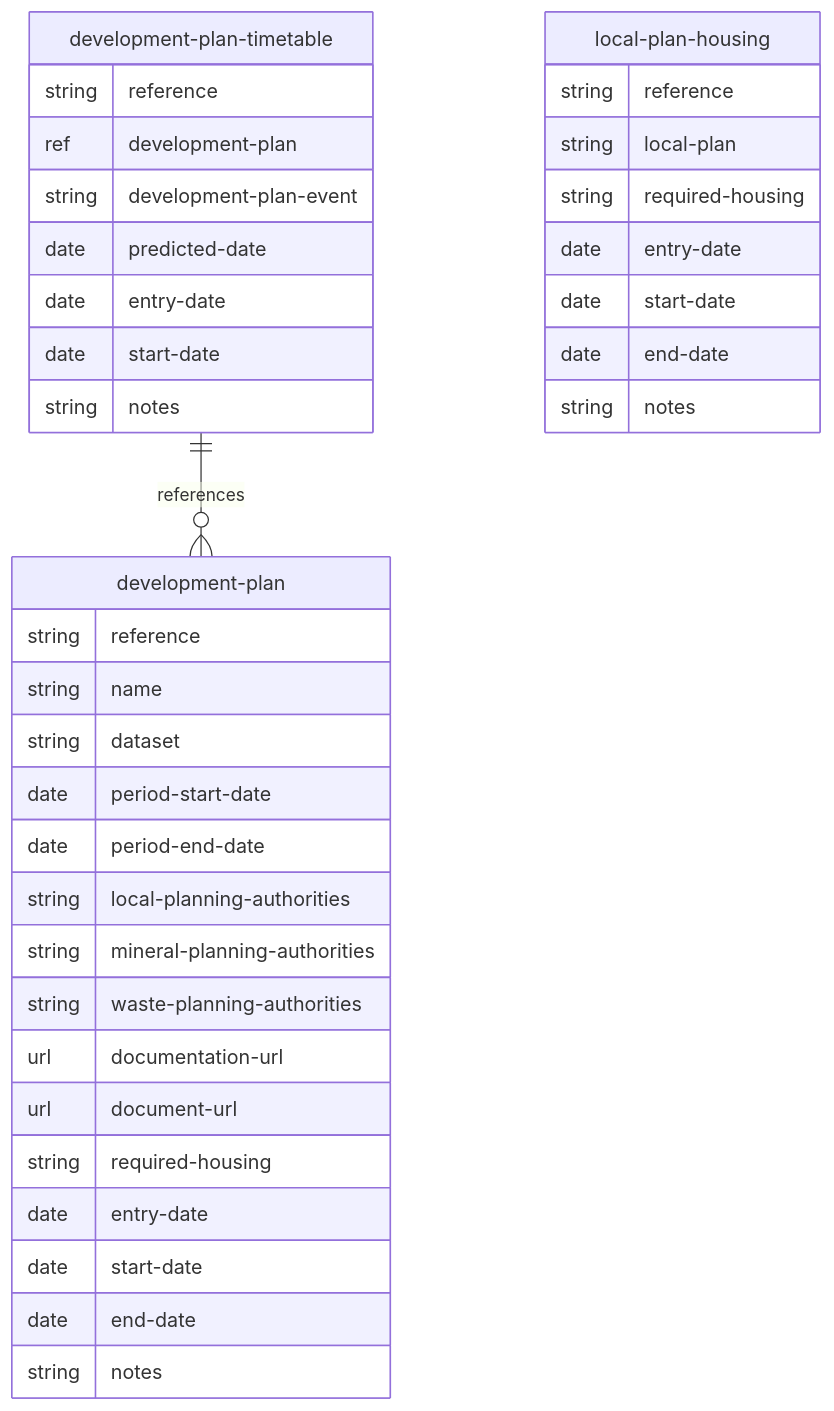
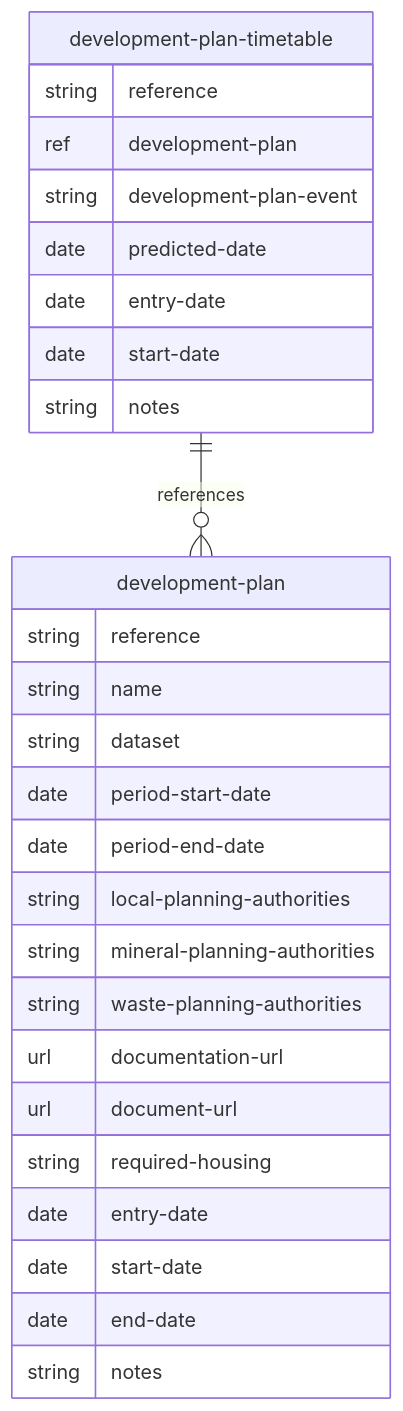
The diagram in docs/mermaid/development-plan.md (digital-land/specification), drawn with Mermaid before and after one commit. The commit also changed 42 other files, not shown here.

````diff
--- a/docs/mermaid/development-plan.md
+++ b/docs/mermaid/development-plan.md
@@ -4,39 +4,30 @@
 ```mermaid
 erDiagram
     development-plan {
         string reference
         string name
         string dataset
         date period-start-date
         date period-end-date
         string local-planning-authorities
         string mineral-planning-authorities
         string waste-planning-authorities
         url documentation-url
         url document-url
         string required-housing
         date entry-date
         date start-date
         date end-date
         string notes
     }
     development-plan-timetable {
         string reference
         ref development-plan
         string development-plan-event
         date predicted-date
         date entry-date
         date start-date
         string notes
     }
-    local-plan-housing {
-        string reference
-        string local-plan
-        string required-housing
-        date entry-date
-        date start-date
-        date end-date
-        string notes
-    }
     development-plan-timetable ||--o{ development-plan : references
 ```
````
